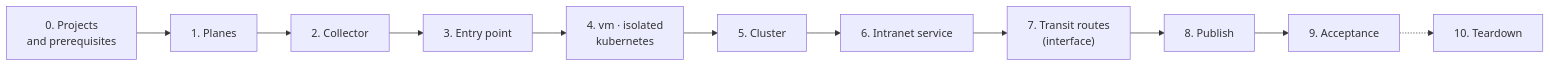
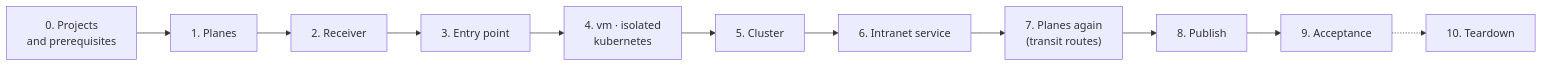
Before and after one commit to CyprisTech/openstack-multitenant-reference: the diagram in docs/reference/test-procedure.md, drawn with Mermaid. The commit also changed other lines of this file and 67 other files, not shown here.

````diff
--- a/docs/reference/test-procedure.md
+++ b/docs/reference/test-procedure.md
@@ -9,13 +9,13 @@
 ```mermaid
 flowchart LR
     P["0. Projects<br/>and prerequisites"] --> H["1. Planes"]
-    H --> C["2. Collector"]
+    H --> C["2. Receiver"]
     C --> E["3. Entry point"]
     E --> T["4. vm · isolated<br/>kubernetes"]
     T --> K["5. Cluster"]
     K --> I["6. Intranet service"]
-    I --> R["7. Transit routes<br/>(interface)"]
+    I --> R["7. Planes again<br/>(transit routes)"]
     R --> PB["8. Publish"]
     PB --> A["9. Acceptance"]
     A -.-> D["10. Teardown"]
 ```
````
